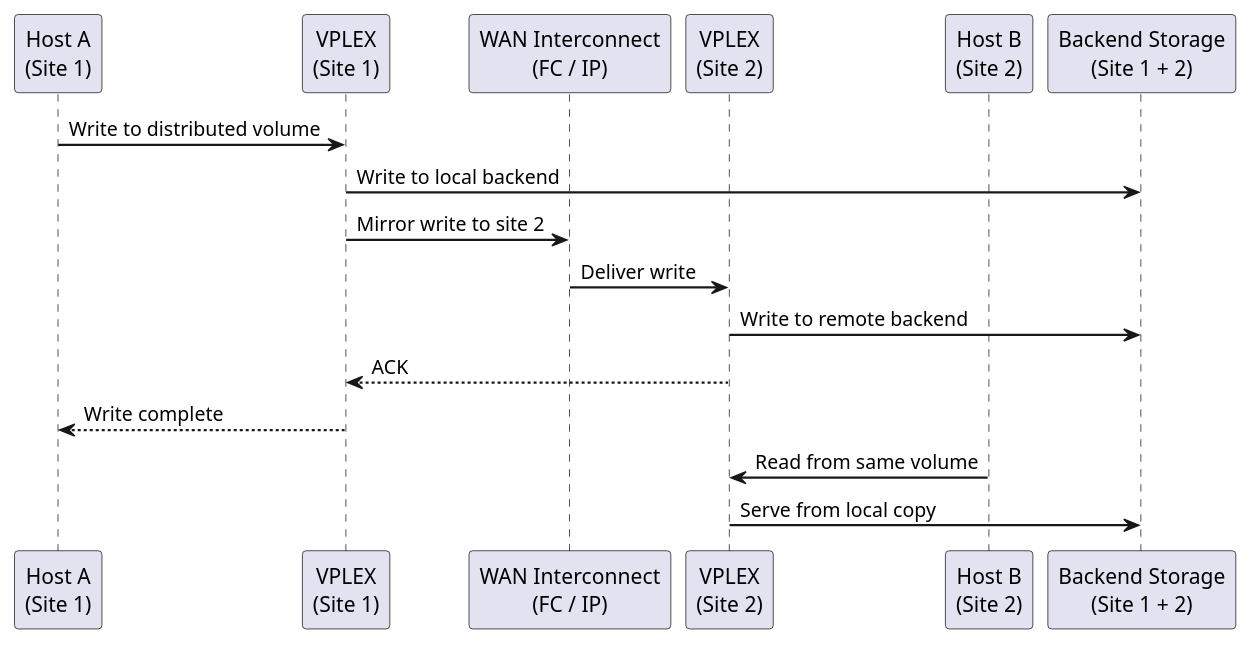
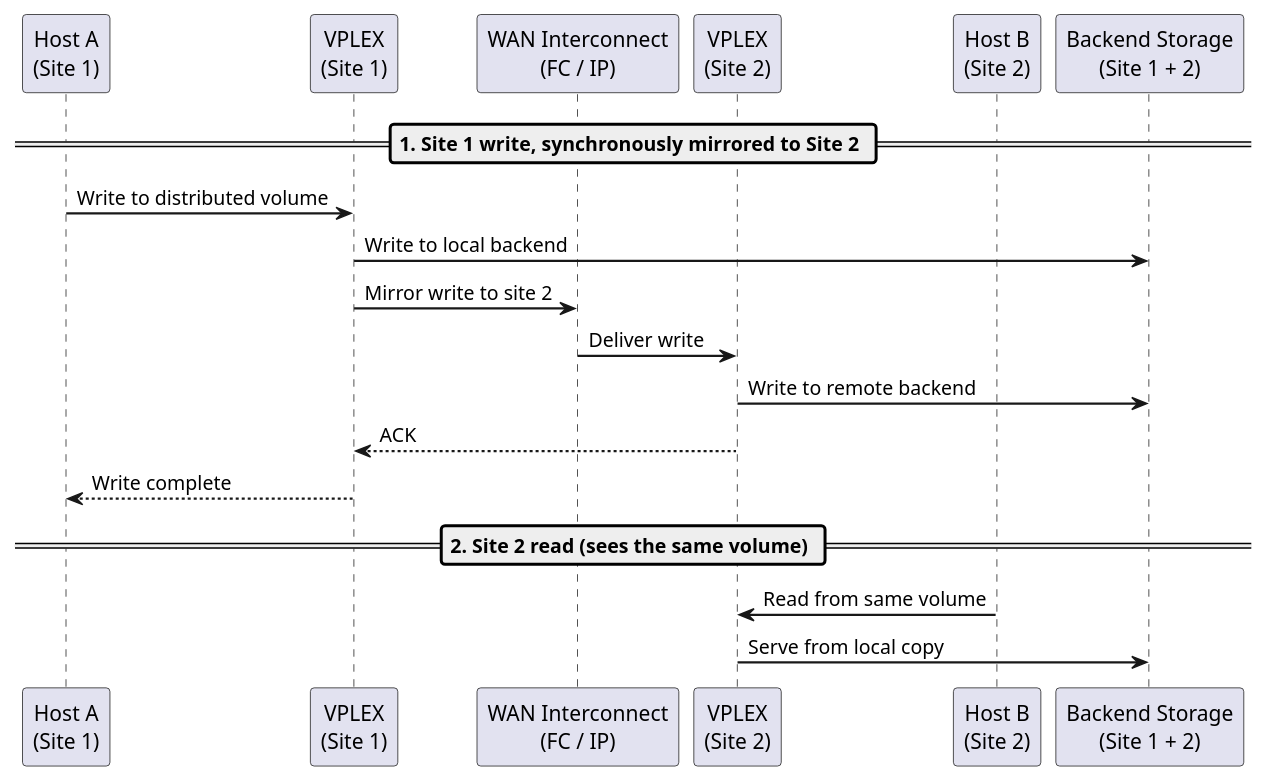
The first of 2 diagrams in docs/storage/products/dell/vplex/architecture/how-it-works.md (canast01/chris-kb), drawn with PlantUML before and after one commit. The commit also changed 14 other files, not shown here.

First line of the commit message:
Add phase dividers to PlantUML sequence diagrams mixing unrelated flows; fix PowerMax escalation box-vs-footer overlap

````diff
--- a/docs/storage/products/dell/vplex/architecture/how-it-works.md
+++ b/docs/storage/products/dell/vplex/architecture/how-it-works.md
@@ -16,24 +16,26 @@
 ```plantuml
 @startuml
 skinparam sequenceArrowThickness 1.5
 skinparam roundcorner 5
 
 participant "Host A\n(Site 1)" as HA
 participant "VPLEX\n(Site 1)" as VP1
 participant "WAN Interconnect\n(FC / IP)" as WAN
 participant "VPLEX\n(Site 2)" as VP2
 participant "Host B\n(Site 2)" as HB
 participant "Backend Storage\n(Site 1 + 2)" as STG
 
+== 1. Site 1 write, synchronously mirrored to Site 2 ==
 HA -> VP1: Write to distributed volume
 VP1 -> STG: Write to local backend
 VP1 -> WAN: Mirror write to site 2
 WAN -> VP2: Deliver write
 VP2 -> STG: Write to remote backend
 VP2 --> VP1: ACK
 VP1 --> HA: Write complete
 
+== 2. Site 2 read (sees the same volume) ==
 HB -> VP2: Read from same volume
 VP2 -> STG: Serve from local copy
 @enduml
 ```
````
